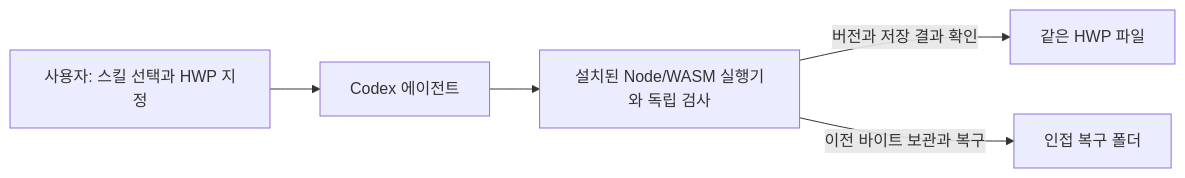
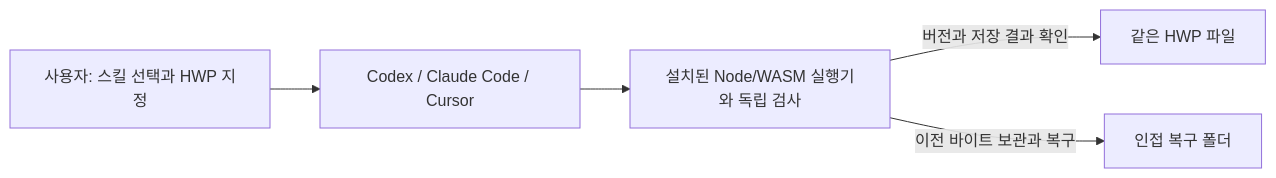
Before and after one commit to spark142857142857/hwp-easy: the first of 2 diagrams in docs/architecture.md, drawn with Mermaid. The commit also changed other lines of this file and 20 other files, not shown here.

Commit message:
feat: package HWP Easy for Claude Code and Cursor

````diff
--- a/docs/architecture.md
+++ b/docs/architecture.md
@@ -9,7 +9,7 @@
 ```mermaid
 flowchart LR
-  U[사용자: 스킬 선택과 HWP 지정] --> A[Codex 에이전트]
+  U[사용자: 스킬 선택과 HWP 지정] --> A[Codex / Claude Code / Cursor]
   A --> E[설치된 Node/WASM 실행기와 독립 검사]
   E -->|버전과 저장 결과 확인| F[같은 HWP 파일]
   E -->|이전 바이트 보관과 복구| B[인접 복구 폴더]
 ```
````
